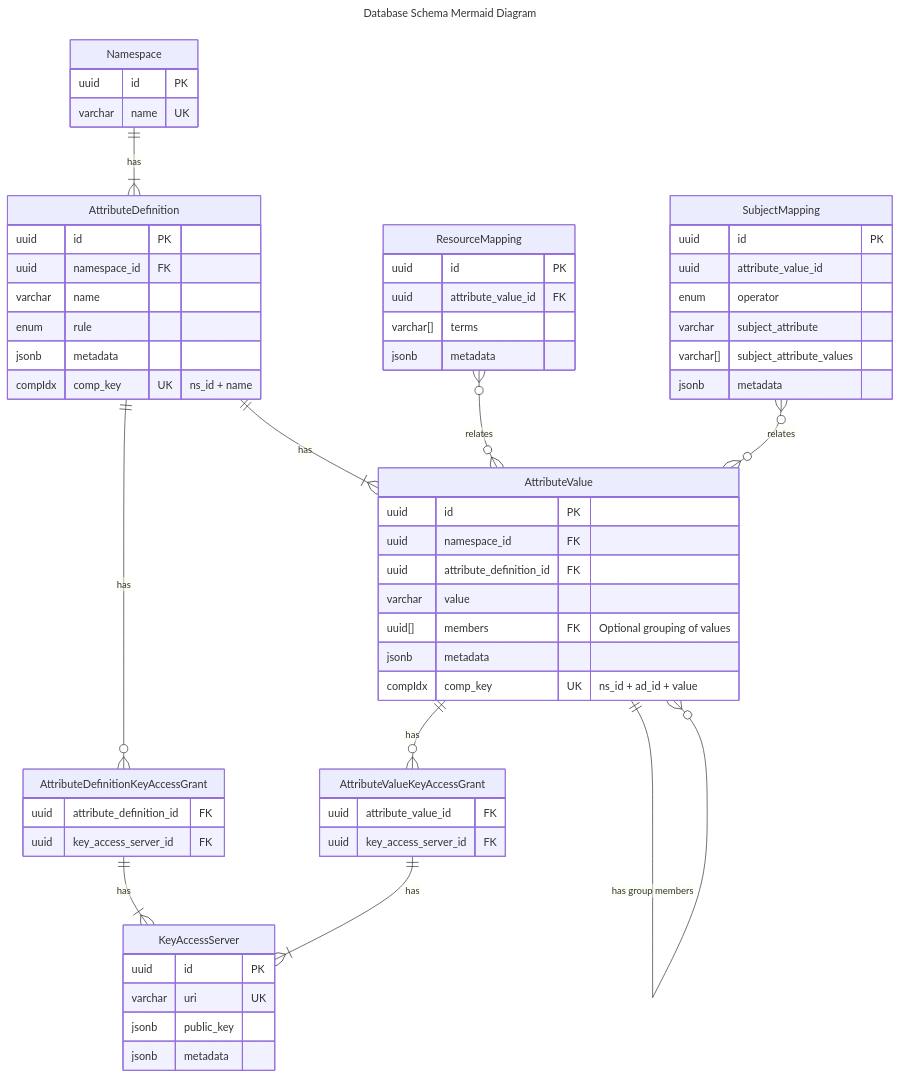
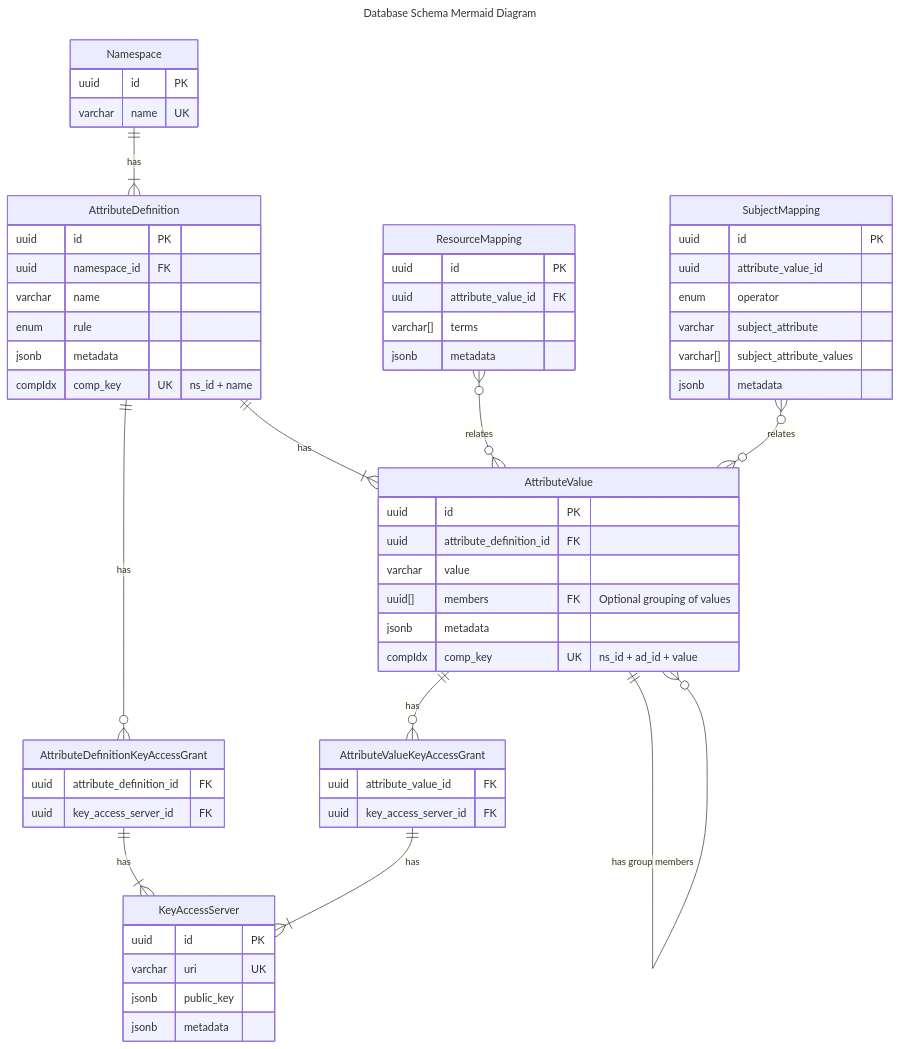
Before and after one commit to passion-127/TDF: the diagram in migrations/20240131000000_schema_erd.md, drawn with Mermaid. The commit also changed 34 other files, not shown here.

```diff
--- a/migrations/20240131000000_schema_erd.md
+++ b/migrations/20240131000000_schema_erd.md
@@ -51,7 +51,6 @@
 
     AttributeValue {
         uuid         id                      PK
-        uuid         namespace_id            FK
         uuid         attribute_definition_id FK
         varchar      value
         uuid[]       members                 FK "Optional grouping of values"
```
